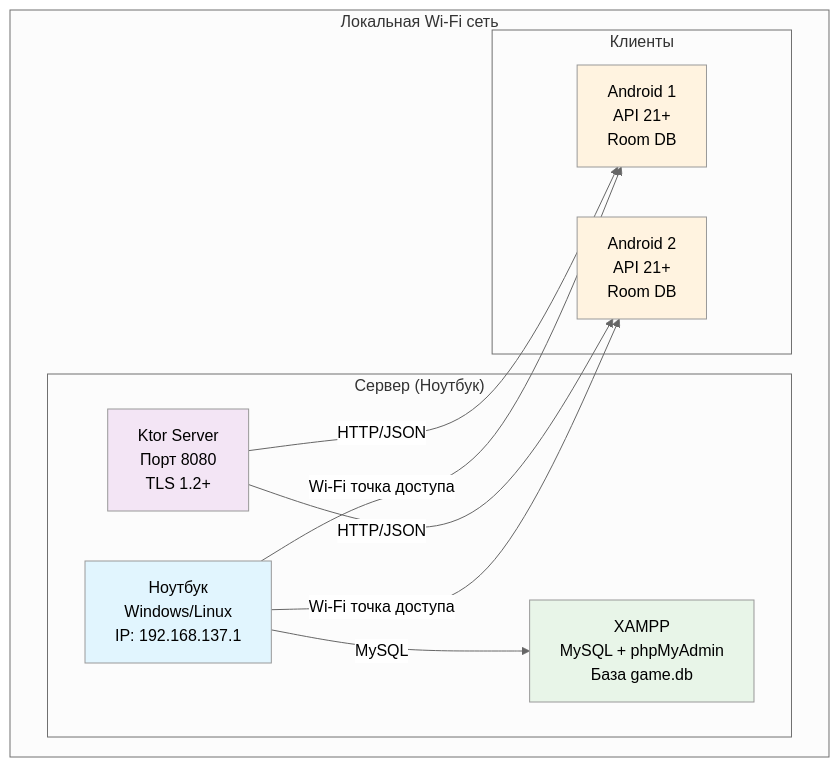
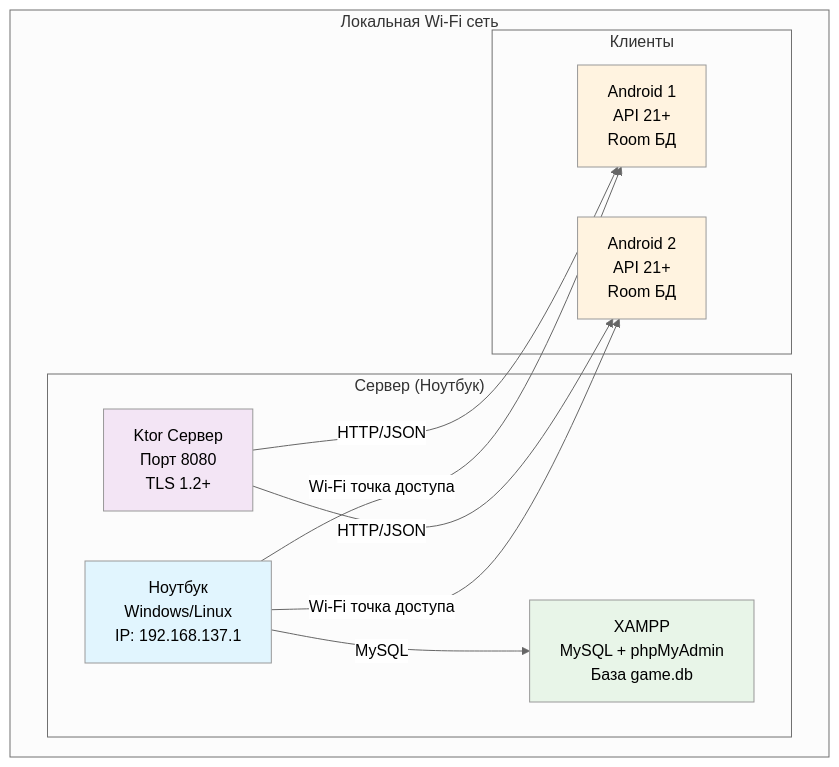
One commit to Angel-Energy/diplom- changed the third of 34 diagrams in ALL_DIAGRAMS.md. Above: the diagram before and after it, drawn with Mermaid (neutral theme). The commit also changed other lines of this file and 7 other files, not shown here.

Commit message:
feat(diagrams): Fix diagram styles and update statistics

````diff
--- a/ALL_DIAGRAMS.md
+++ b/ALL_DIAGRAMS.md
@@ -58,24 +58,24 @@
 ```mermaid
 graph TD
     subgraph "Локальная Wi-Fi сеть"
         subgraph "Сервер (Ноутбук)"
-            Laptop[Ноутбук<br/>Windows/Linux<br/>IP: 192.168.137.1]
-            Ktor[Ktor Server<br/>Порт 8080<br/>TLS 1.2+]
-            XAMPP[XAMPP<br/>MySQL + phpMyAdmin<br/>База game.db]
+            ноутбук[Ноутбук<br/>Windows/Linux<br/>IP: 192.168.137.1]
+            ktorСервер[Ktor Сервер<br/>Порт 8080<br/>TLS 1.2+]
+            xampp[XAMPP<br/>MySQL + phpMyAdmin<br/>База game.db]
         end
         subgraph "Клиенты"
-            Android1[Android 1<br/>API 21+<br/>Room DB]
-            Android2[Android 2<br/>API 21+<br/>Room DB]
+            телефон1[Android 1<br/>API 21+<br/>Room БД]
+            телефон2[Android 2<br/>API 21+<br/>Room БД]
         end
     end
-    Laptop -->|Wi-Fi точка доступа| Android1
-    Laptop -->|Wi-Fi точка доступа| Android2
-    Laptop -->|MySQL| XAMPP
-    Ktor -->|HTTP/JSON| Android1
-    Ktor -->|HTTP/JSON| Android2
-    style Laptop fill:#e1f5fe
-    style Ktor fill:#f3e5f5
-    style XAMPP fill:#e8f5e8
-    style Android1 fill:#fff3e0
-    style Android2 fill:#fff3e0
+    ноутбук -->|Wi-Fi точка доступа| телефон1
+    ноутбук -->|Wi-Fi точка доступа| телефон2
+    ноутбук -->|MySQL| xampp
+    ktorСервер -->|HTTP/JSON| телефон1
+    ktorСервер -->|HTTP/JSON| телефон2
+    style ноутбук fill:#e1f5fe
+    style ktorСервер fill:#f3e5f5
+    style xampp fill:#e8f5e8
+    style телефон1 fill:#fff3e0
+    style телефон2 fill:#fff3e0
 ```
````
